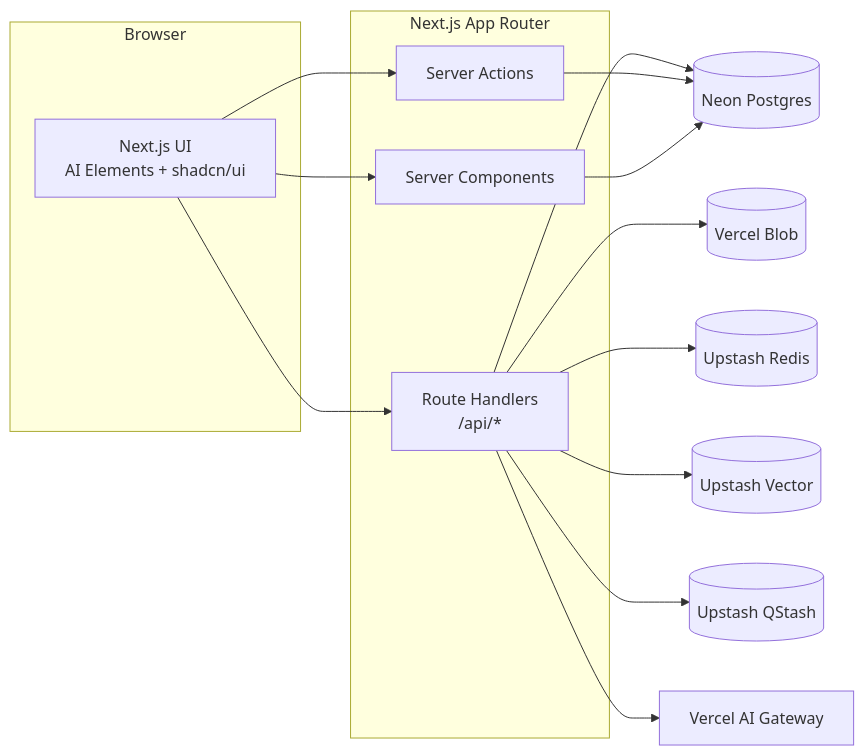
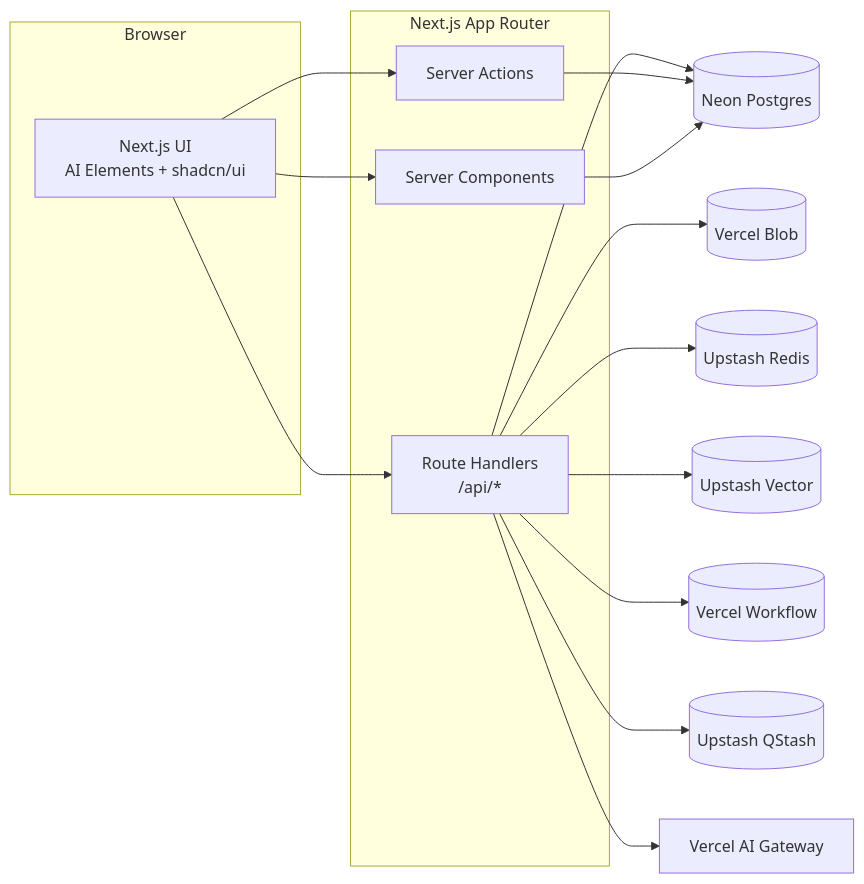
One commit to BjornMelin/ai-agent-builder changed the diagram in docs/architecture/spec/SPEC-0021-full-stack-finalization-fluid-compute-neon-upstash-ai-elements.md. Above: the diagram before and after it, drawn with Mermaid. The commit also changed other lines of this file and 12 other files, not shown here.

First line of the commit message:
docs: update architecture specifications and ADRs for Vercel Workflow integration

````diff
--- a/docs/architecture/spec/SPEC-0021-full-stack-finalization-fluid-compute-neon-upstash-ai-elements.md
+++ b/docs/architecture/spec/SPEC-0021-full-stack-finalization-fluid-compute-neon-upstash-ai-elements.md
@@ -143,26 +153,27 @@
 ```mermaid
 flowchart LR
   subgraph Client[Browser]
     UI[Next.js UI<br/>AI Elements + shadcn/ui]
   end
 
   subgraph App[Next.js App Router]
     RH[Route Handlers<br/>/api/*]
     SA[Server Actions]
     RSC[Server Components]
   end
 
   UI --> RH
   UI --> SA
   UI --> RSC
 
   RH --> DB[(Neon Postgres)]
   RH --> BLOB[(Vercel Blob)]
   RH --> REDIS[(Upstash Redis)]
   RH --> VECTOR[(Upstash Vector)]
+  RH --> WF[(Vercel Workflow)]
   RH --> QSTASH[(Upstash QStash)]
   RH --> AIGW[Vercel AI Gateway]
 
   SA --> DB
   RSC --> DB
 ```
````
